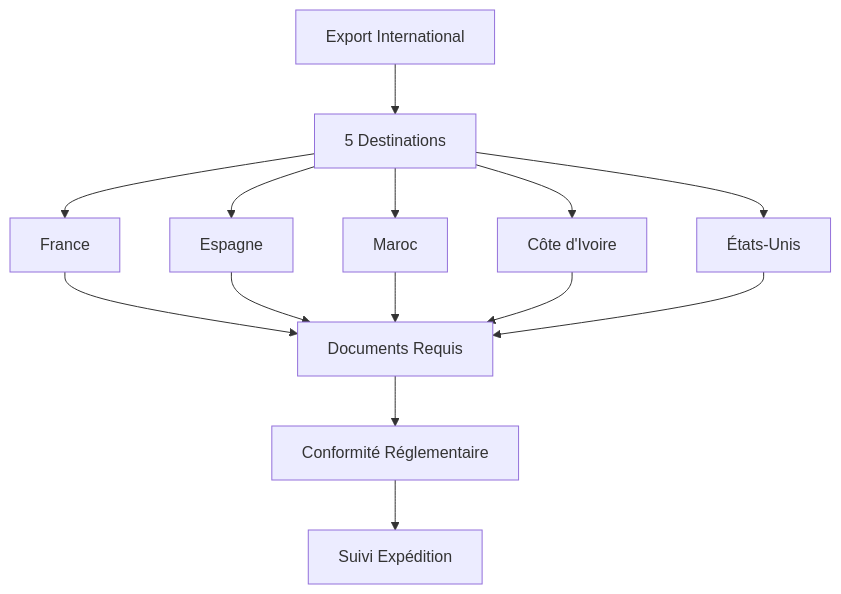
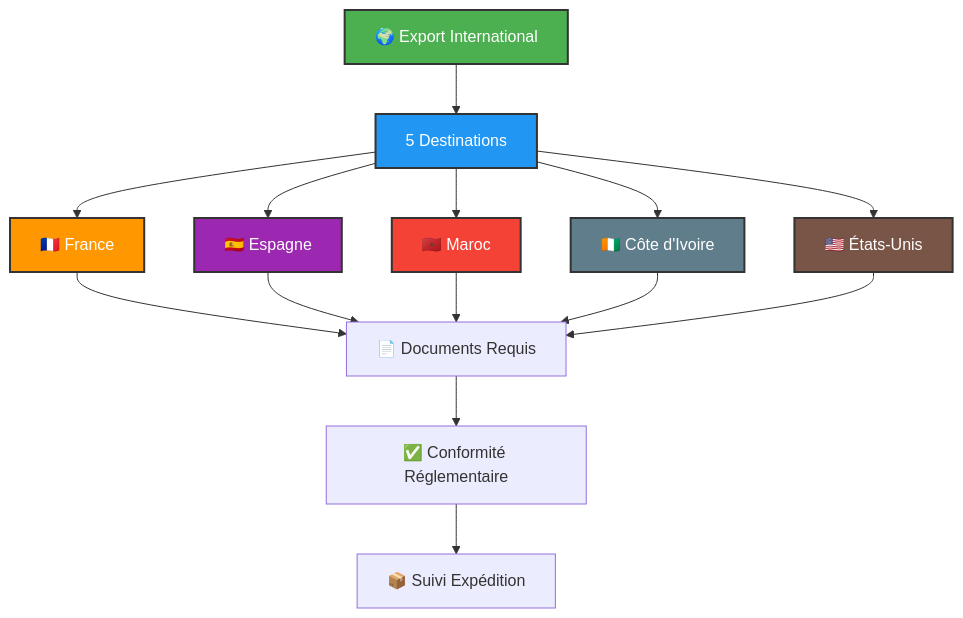
The fifth of 13 diagrams in README.md (MaximeKELI/Projet-AGRICOLE), drawn with Mermaid before and after one commit. The commit also changed other lines of this file and 2 other files, not shown here.

````diff
--- a/README.md
+++ b/README.md
@@ -161,16 +505,24 @@
 ```mermaid
 graph TD
-    A[Export International] --> B[5 Destinations]
-    B --> C[France]
-    B --> D[Espagne]
-    B --> E[Maroc]
-    B --> F[Côte d'Ivoire]
-    B --> G[États-Unis]
-    C --> H[Documents Requis]
+    A[🌍 Export International] --> B[5 Destinations]
+    B --> C[🇫🇷 France]
+    B --> D[🇪🇸 Espagne]
+    B --> E[🇲🇦 Maroc]
+    B --> F[🇨🇮 Côte d'Ivoire]
+    B --> G[🇺🇸 États-Unis]
+    C --> H[📄 Documents Requis]
     D --> H
     E --> H
     F --> H
     G --> H
-    H --> I[Conformité Réglementaire]
-    I --> J[Suivi Expédition]
+    H --> I[✅ Conformité Réglementaire]
+    I --> J[📦 Suivi Expédition]
+    
+    style A fill:#4CAF50,stroke:#333,stroke-width:2px,color:#fff
+    style B fill:#2196F3,stroke:#333,stroke-width:2px,color:#fff
+    style C fill:#FF9800,stroke:#333,stroke-width:2px,color:#fff
+    style D fill:#9C27B0,stroke:#333,stroke-width:2px,color:#fff
+    style E fill:#F44336,stroke:#333,stroke-width:2px,color:#fff
+    style F fill:#607D8B,stroke:#333,stroke-width:2px,color:#fff
+    style G fill:#795548,stroke:#333,stroke-width:2px,color:#fff
 ```
````
